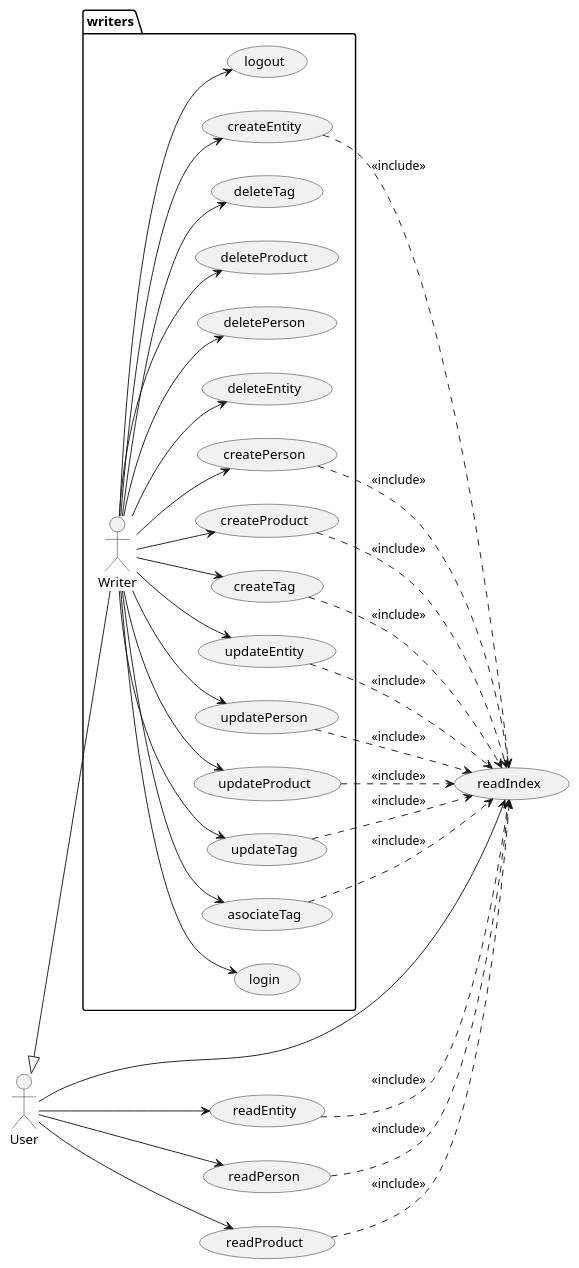
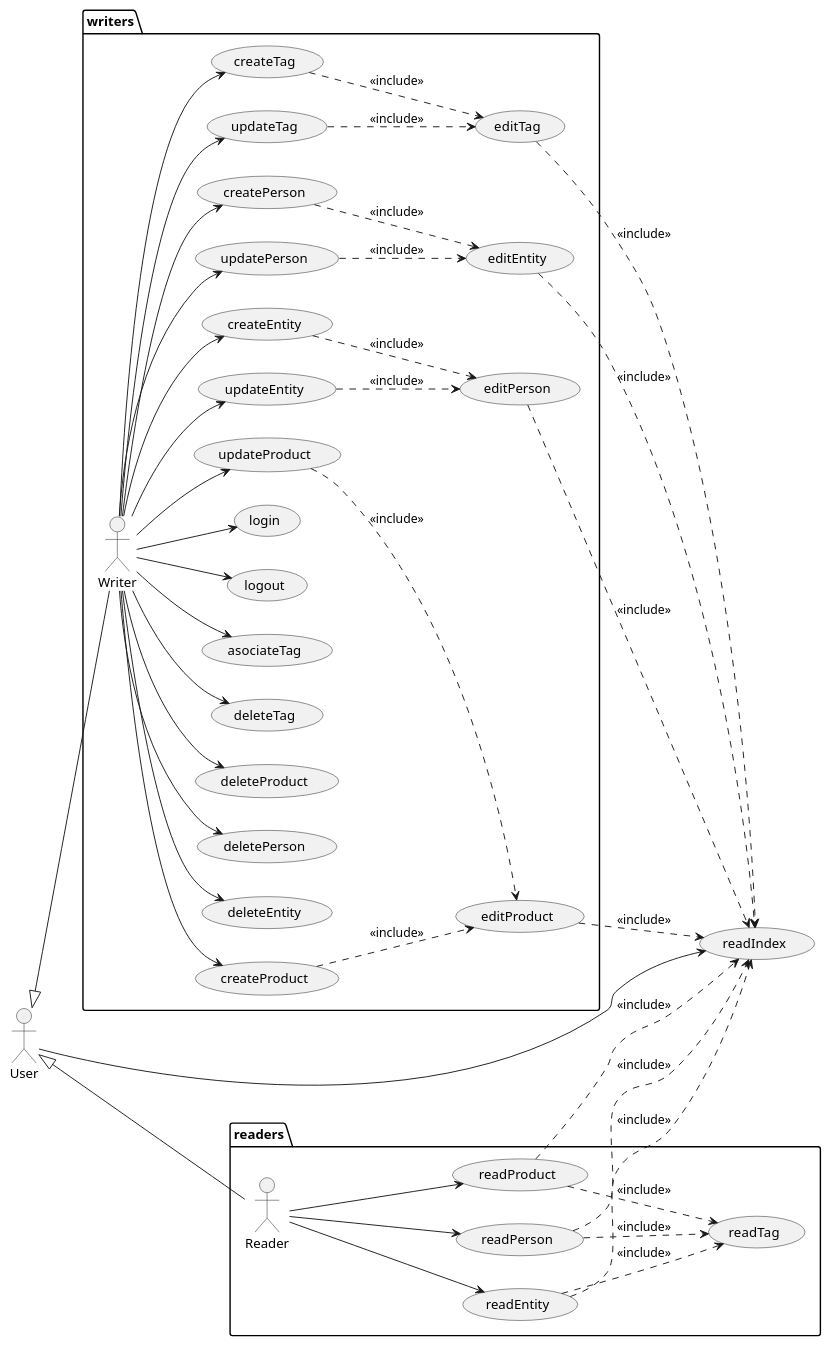
Before and after one commit to nataliacasanova/analesdelaciencia: the second of 2 diagrams in index.adoc, drawn with PlantUML. The commit also changed other lines of this file and 5 other files, not shown here.

```diff
--- a/index.adoc
+++ b/index.adoc
@@ -61,10 +62,14 @@
 
 actor User
 usecase readIndex
+
+package readers {
+actor Reader
 usecase readEntity
 usecase readPerson
 usecase readProduct
-
+usecase readTag
+}
 
 package writers {
 actor Writer
@@ -81,18 +86,28 @@
 usecase deletePerson
 usecase deleteProduct
 usecase deleteTag
+usecase editEntity
+usecase editPerson
+usecase editProduct
+usecase editTag
 usecase asociateTag
+
 usecase logout
 }
 
 User --> readIndex
-User --> readPerson
-User --> readEntity
-User --> readProduct
+
+User <|-down- Reader
+Reader --> readPerson
+Reader --> readEntity
+Reader --> readProduct
 
 readPerson ..> readIndex : <<include>>
 readEntity ..> readIndex : <<include>>
 readProduct ..> readIndex : <<include>>
+readPerson ..> readTag : <<include>>
+readEntity ..> readTag : <<include>>
+readProduct ..> readTag: <<include>>
 
 User <|-down- Writer
 Writer --> login
@@ -108,18 +123,24 @@
 Writer --> deletePerson
 Writer --> deleteProduct
 Writer --> deleteTag
+Writer --> logout
 Writer --> asociateTag
-Writer --> logout
 
-createEntity ..> readIndex : <<include>>
-createPerson ..> readIndex : <<include>>
-createProduct ..> readIndex : <<include>>
-createTag ..> readIndex : <<include>>
-updateEntity ..> readIndex : <<include>>
-updatePerson ..> readIndex : <<include>>
-updateProduct ..> readIndex : <<include>>
-updateTag ..> readIndex : <<include>>
-asociateTag ..> readIndex : <<include>>
+
+
+createEntity ..> editPerson : <<include>>
+createPerson ..> editEntity : <<include>>
+createProduct ..> editProduct : <<include>>
+createTag ..> editTag : <<include>>
+updateEntity ..> editPerson : <<include>>
+updatePerson ..> editEntity : <<include>>
+updateProduct ..> editProduct : <<include>>
+updateTag ..> editTag : <<include>>
+
+editPerson ..> readIndex : <<include>>
+editEntity ..> readIndex : <<include>>
+editProduct ..> readIndex : <<include>>
+editTag ..> readIndex : <<include>>
 
 
 ....
```
